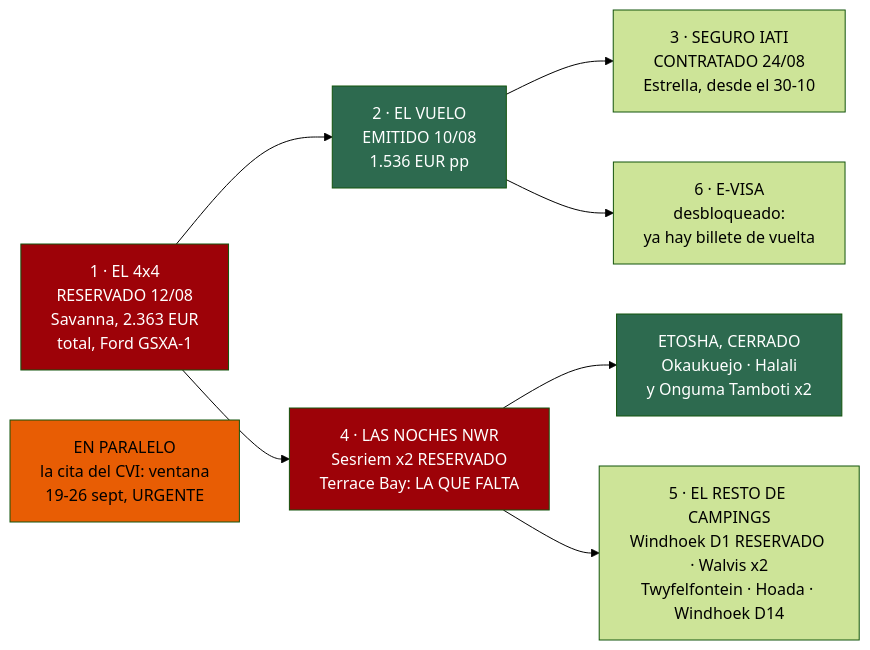
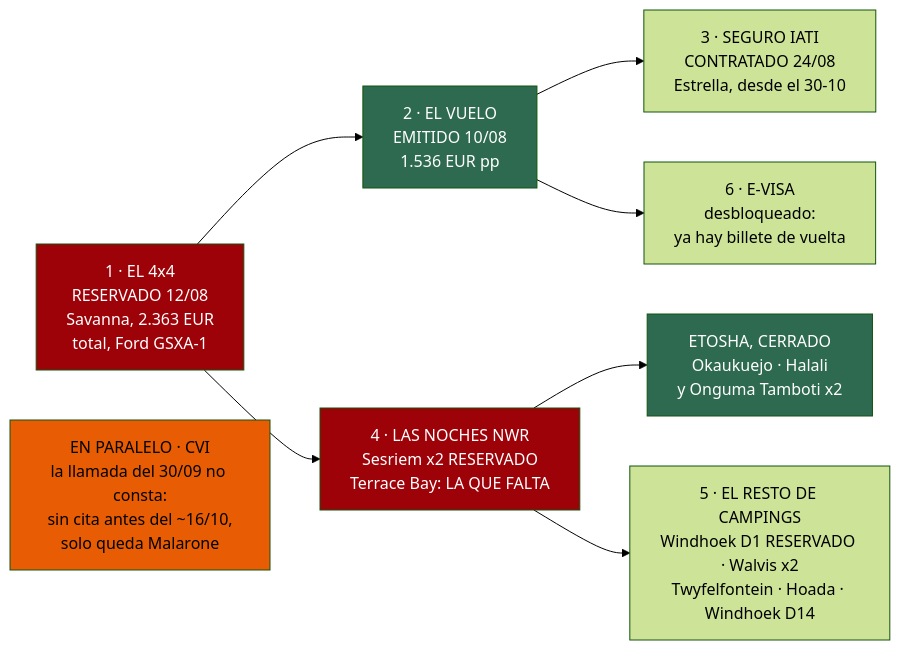
Before and after one commit to morandeirachema/namibia: the diagram in 20-reservas.md, drawn with Mermaid (forest theme). The commit also changed other lines of this file and 28 other files, not shown here.

````diff
--- a/20-reservas.md
+++ b/20-reservas.md
@@ -41,16 +46,16 @@
 ```mermaid
 flowchart LR
 %% ancho
     C["1 · EL 4x4<br/>RESERVADO 12/08<br/>Savanna, 2.363 EUR<br/>total, Ford GSXA-1"] --> V["2 · EL VUELO<br/>EMITIDO 10/08<br/>1.536 EUR pp"]
     V --> S["3 · SEGURO IATI<br/>CONTRATADO 24/08<br/>Estrella, desde el 30-10"]
     V --> E["6 · E-VISA<br/>desbloqueado:<br/>ya hay billete de vuelta"]
     C --> N["4 · LAS NOCHES NWR<br/>Sesriem x2 RESERVADO<br/>Terrace Bay: LA QUE FALTA"]
     N --> Y["ETOSHA, CERRADO<br/>Okaukuejo · Halali<br/>y Onguma Tamboti x2"]
     N --> R["5 · EL RESTO DE CAMPINGS<br/>Windhoek D1 RESERVADO · Walvis x2<br/>Twyfelfontein · Hoada · Windhoek D14"]
-    P["EN PARALELO<br/>la cita del CVI: ventana<br/>19-26 sept, URGENTE"]
+    P["EN PARALELO · CVI<br/>la llamada del 30/09 no consta:<br/>sin cita antes del ~16/10,<br/>solo queda Malarone"]
     style C fill:#9d0208,color:#fff
     style V fill:#2d6a4f,color:#fff
     style N fill:#9d0208,color:#fff
     style Y fill:#2d6a4f,color:#fff
     style P fill:#e85d04,color:#000
 ```
````
